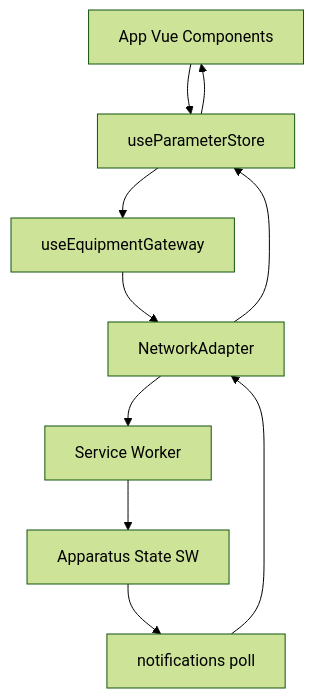
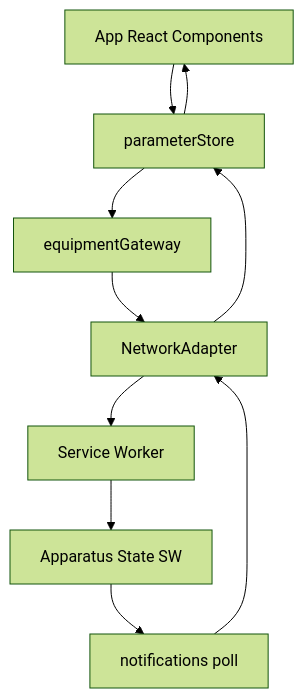
Before and after one commit to mad4j/hmi-demo: the first of 6 diagrams in README.md, drawn with Mermaid (forest theme). The commit also changed other lines of this file and 126 other files, not shown here.

````diff
--- a/README.md
+++ b/README.md
@@ -45,15 +63,15 @@
 ```mermaid
 flowchart TD
-  UI[App Vue Components] --> STORE[useParameterStore]
-  STORE --> CLIENT[useEquipmentGateway]
+  UI[App React Components] --> STORE[parameterStore]
+  STORE --> CLIENT[equipmentGateway]
 
   CLIENT --> NET[NetworkAdapter]
 
   NET --> SW[Service Worker]
   SW --> SWSTATE[Apparatus State SW]
   SWSTATE --> POLL[notifications poll]
   POLL --> NET
 
   NET --> STORE
   STORE --> UI
 ```
````
